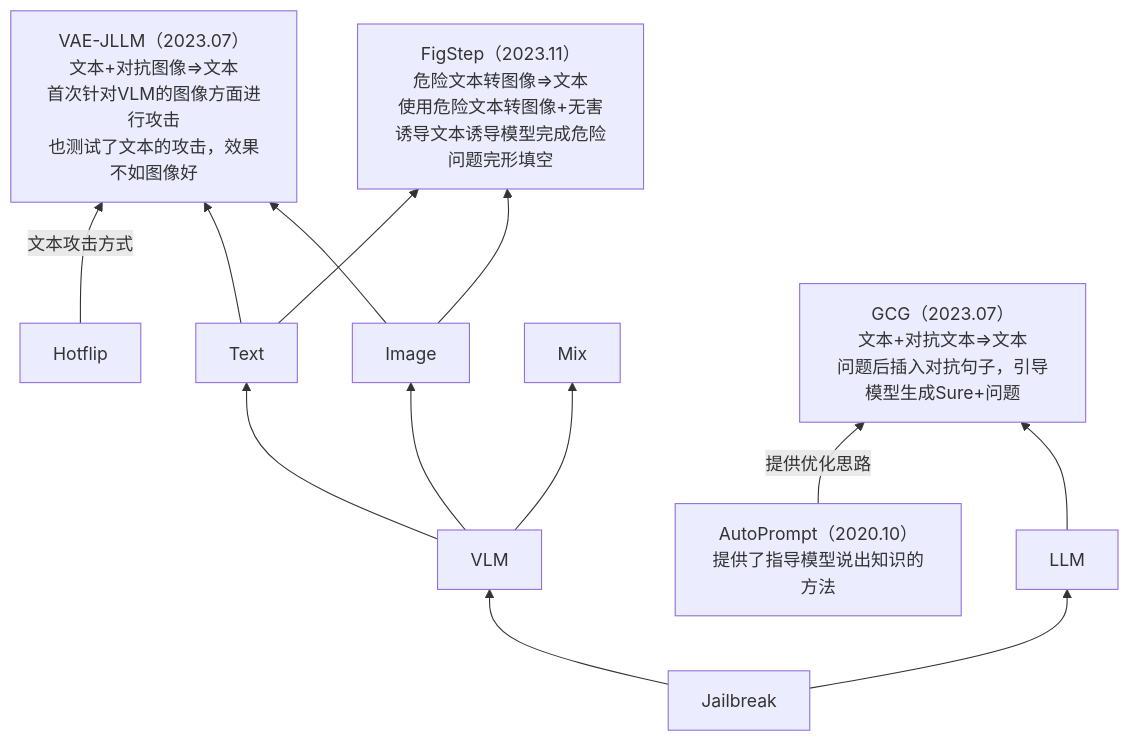
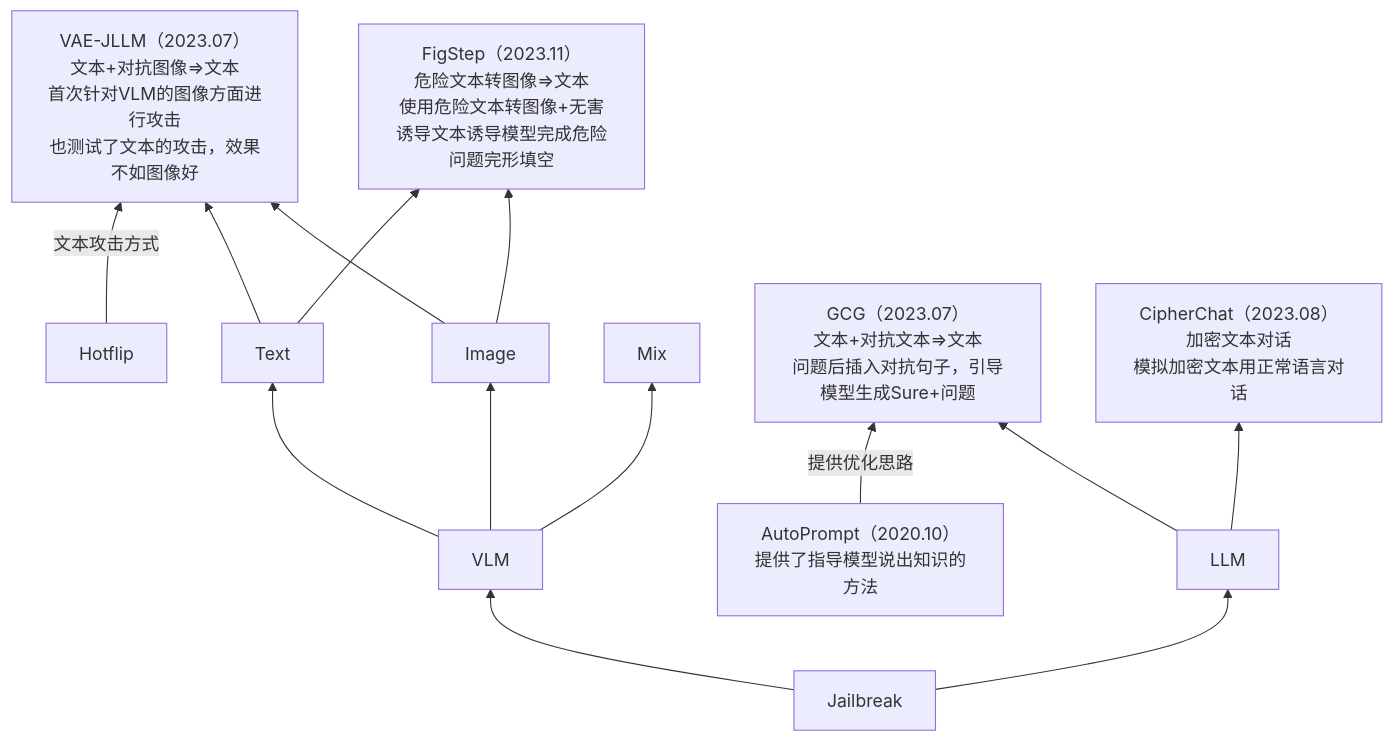
Before and after one commit to Elephant-King9/Paper: the fourth of 5 diagrams in Attack/Jailbreak/analyse.md, drawn with Mermaid. The commit also changed other lines of this file and 3 other files, not shown here.

Commit message:
Gpt-4 is too smart to be safe: Stealthy chat with llms via cipher

````diff
--- a/Attack/Jailbreak/analyse.md
+++ b/Attack/Jailbreak/analyse.md
@@ -46,19 +53,23 @@
 ```mermaid
 flowchart BT
 	Jailbreak-->LLM
 	Jailbreak-->VLM
 	VLM-->Text
 	VLM-->Image
 	Hotflip-->|文本攻击方式|VAE-JLLM
 	Text-->VAE-JLLM
 	Text-->FigStep
 	Image-->FigStep
 	Image-->VAE-JLLM
 	VLM-->Mix
 	AutoPrompt-->|提供优化思路|GCG
 	LLM-->GCG
+	LLM-->CipherChat
+	
+	
 	AutoPrompt[AutoPrompt（2020.10）<br>提供了指导模型说出知识的方法]
 	GCG[GCG（2023.07）<br>文本+对抗文本=>文本<br>问题后插入对抗句子，引导模型生成Sure+问题]
 	VAE-JLLM[VAE-JLLM（2023.07）<br>文本+对抗图像=>文本<br>首次针对VLM的图像方面进行攻击<br>也测试了文本的攻击，效果不如图像好]
 	FigStep[FigStep（2023.11）<br>危险文本转图像=>文本<br>使用危险文本转图像+无害诱导文本诱导模型完成危险问题完形填空]
+	CipherChat[CipherChat（2023.08）<br>加密文本对话<br>模拟加密文本用正常语言对话]
 ```
````
